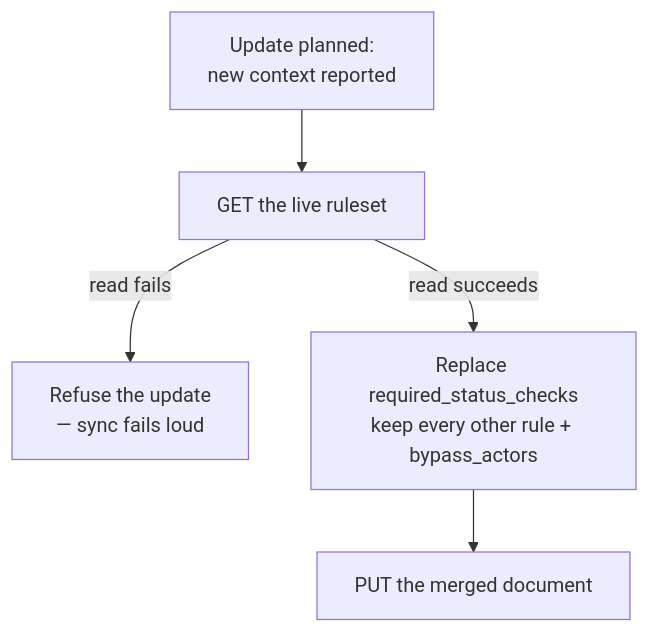
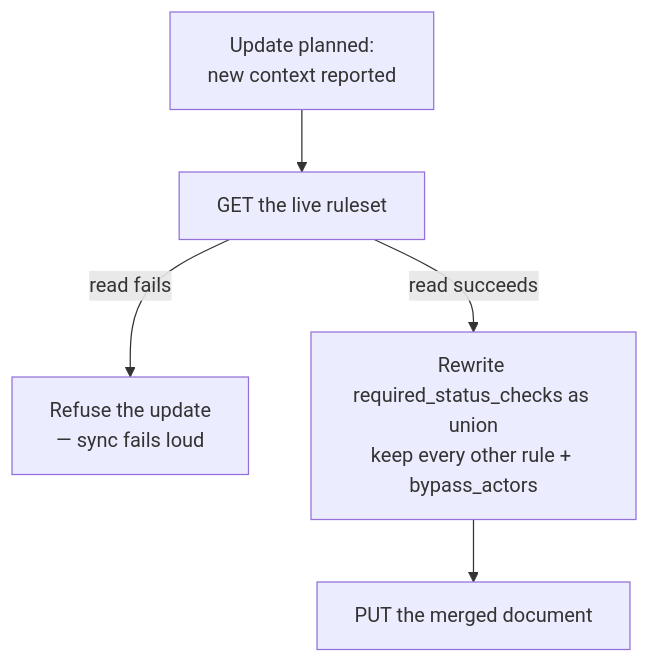
The third of 11 diagrams in docs/MERGE.md (stSoftwareAU/VibeCoder), drawn with Mermaid before and after one commit. The commit also changed other lines of this file and 3 other files, not shown here.

First line of the commit message:
Keep live required checks when updating the default-branch ruleset (Issue #4487)

````diff
--- a/docs/MERGE.md
+++ b/docs/MERGE.md
@@ -230,7 +235,7 @@
 ```mermaid
 flowchart TD
     A[Update planned:<br/>new context reported] --> B[GET the live ruleset]
     B -->|read fails| C[Refuse the update<br/>— sync fails loud]
-    B -->|read succeeds| D[Replace required_status_checks<br/>keep every other rule + bypass_actors]
+    B -->|read succeeds| D[Rewrite required_status_checks as union<br/>keep every other rule + bypass_actors]
     D --> E[PUT the merged document]
 ```
````
